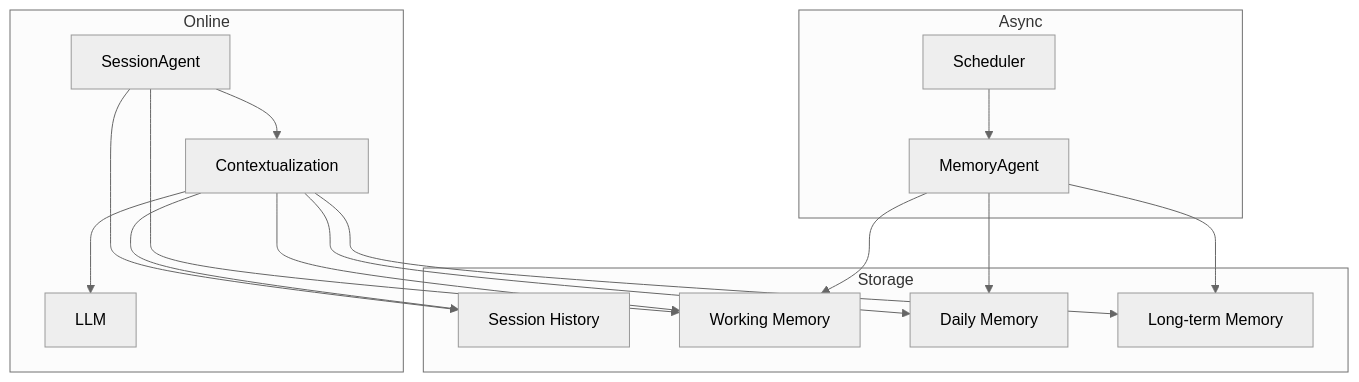
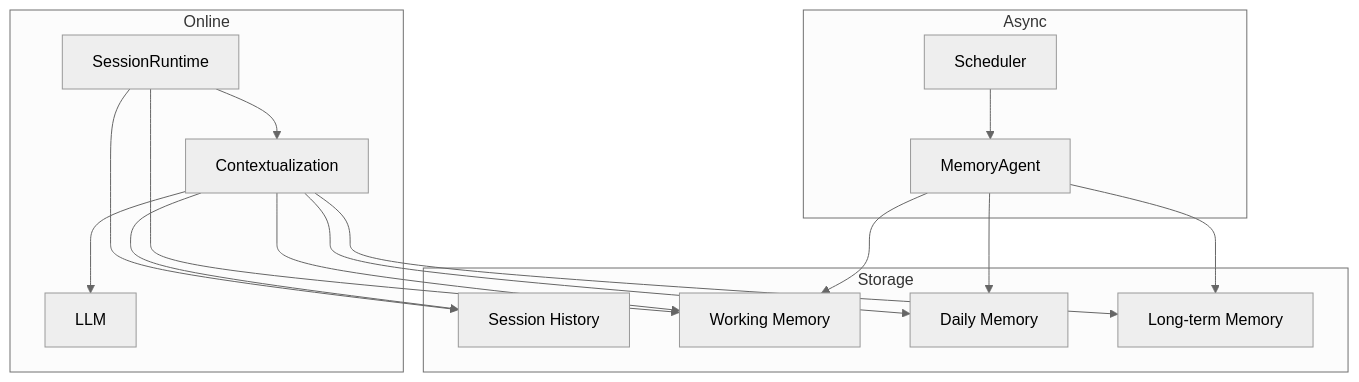
One commit to wangenius/downcity changed the diagram in docs/memory/03-selection.mdx. Above: the diagram before and after it, drawn with Mermaid (neutral theme). The commit also changed other lines of this file and 410 other files, not shown here.

````diff
--- a/docs/memory/03-selection.mdx
+++ b/docs/memory/03-selection.mdx
@@ -105,32 +105,32 @@
 ```mermaid
 flowchart TB
   subgraph Online
-    SA[SessionAgent]
+    SA[SessionRuntime]
     CTX[Contextualization]
     LLM[LLM]
     SA --> CTX --> LLM
   end
 
   subgraph Storage
     SH[Session History]
     WM[Working Memory]
     DM[Daily Memory]
     LM[Long-term Memory]
   end
 
   subgraph Async
     SCH[Scheduler]
     MAG[MemoryAgent]
   end
 
   SA --> SH
   SA --> WM
   CTX --> SH
   CTX --> WM
   CTX --> DM
   CTX --> LM
   SCH --> MAG
   MAG --> WM
   MAG --> DM
   MAG --> LM
 ```
````
